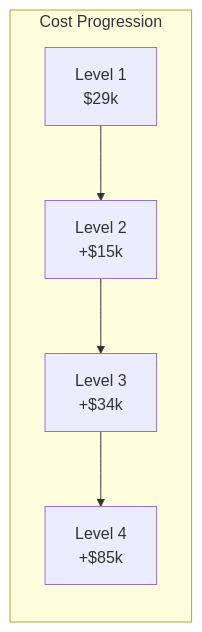
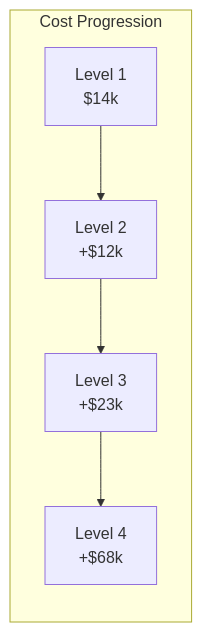
One commit to jnarwell/drip changed the diagram in docs/system/levels.md. Above: the diagram before and after it, drawn with Mermaid. The commit also changed other lines of this file and 112 other files, not shown here.

````diff
--- a/docs/system/levels.md
+++ b/docs/system/levels.md
@@ -126,8 +126,8 @@
 ```mermaid
 graph LR
     subgraph "Cost Progression"
-        L1[Level 1<br/>$29k] --> L2[Level 2<br/>+$15k]
-        L2 --> L3[Level 3<br/>+$34k]
-        L3 --> L4[Level 4<br/>+$85k]
+        L1[Level 1<br/>$14k] --> L2[Level 2<br/>+$12k]
+        L2 --> L3[Level 3<br/>+$23k]
+        L3 --> L4[Level 4<br/>+$68k]
     end
 ```
````
